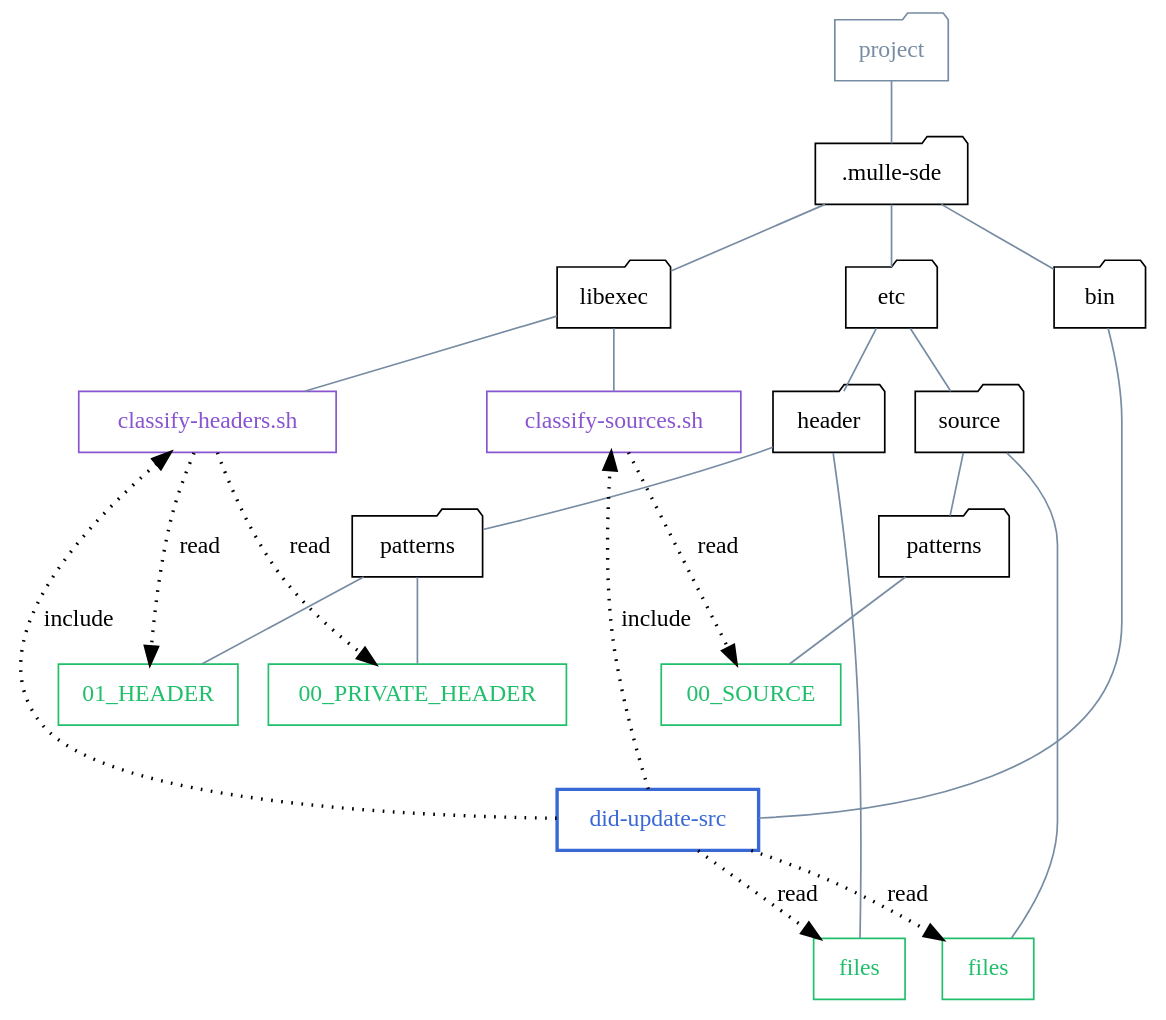
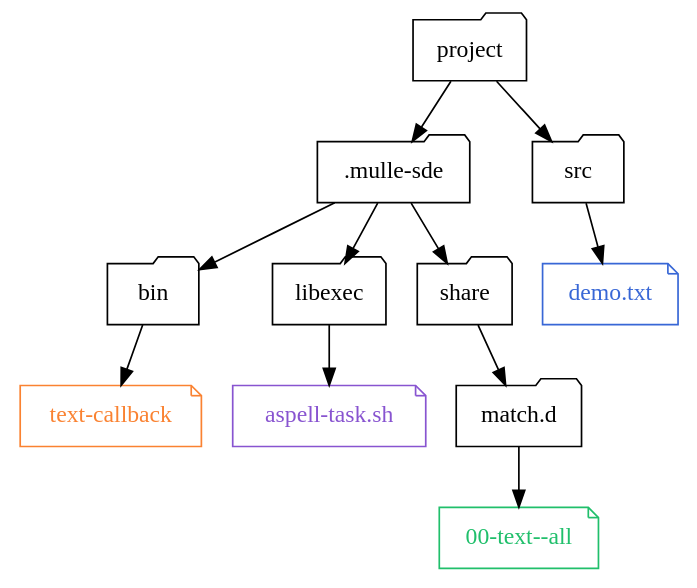
Before and after one commit to mulle-sde/mulle-sde: the diagram in dox/mulle-sde-extension.dot, drawn with Graphviz. The commit also changed 32 other files, not shown here.

```diff
--- a/dox/mulle-sde-extension.dot
+++ b/dox/mulle-sde-extension.dot
@@ -1,79 +1,30 @@
 digraph G {
     graph [rankdir = TD];
 
-    node [ shape="record", color="#8854d0", fontcolor="#8854d0" ]
-
-    "classify-headers.sh"
-    "classify-sources.sh"
-
-    node [ shape="record", color="#20bf6b", fontcolor="#20bf6b" ]
-
-    "00_PRIVATE_HEADER"
-    "01_HEADER"
-    "00_SOURCE"
-    "files1" [ label="files"]
-    "files2" [ label="files"]
-
-    node[ shape="folder", color="black", fontcolor="black" ];
-    edge[ arrowhead="none", color="#778ca3"]
+     node[ shape=folder ];
 
     { rank = same;  "project" };
-    { rank = same;  ".mulle-sde" };
-    { rank = same;  "bin", "libexec", "etc"}
-    { rank = same;  "header", "source" }
-    { rank = same;  "patterns1", "patterns2" }
-    { rank = same;  "files1", "files2" }
-    { rank = same;  "00_SOURCE", "01_HEADER", "00_PRIVATE_HEADER" };
-    { rank = same;  "classify-headers.sh", "classify-sources.sh" };
+    { rank = same;  ".mulle-sde", "src" };
+    { rank = same;  "bin", "libexec", "share"}
+    { rank = same;  "match.d" }
 
-    "00_SOURCE"  ->   "did-update-src"         [ style="invis" ]
-    "01_HEADER"  -> "did-update-src"           [ style="invis" ]
-    "00_PRIVATE_HEADER" -> "did-update-src"    [ style="invis" ]
-
-    "did-update-src"           [ shape="record", penwidth="2", color="#3867d6", fontcolor="#3867d6" ]
-
-     node[ shape=folder, color="#778ca3", fontcolor="#778ca3" ];
-
-    "project"                               [ shape="folder", color="#778ca3", fontcolor="#778ca3" ]
-    "project" -> ".mulle-sde"               [ arrowhead="none", color="#778ca3", fontcolor="#778ca3" ]
-
-    "bin"
-    "etc"
-    "libexec"
-
-     node[ shape=folder, color="black", fontcolor="black"];
+    "project"
+    "project" -> ".mulle-sde"
+    "project" -> "src"
 
     ".mulle-sde" -> "bin"
-    ".mulle-sde" -> "etc"
+    ".mulle-sde" -> "share"
     ".mulle-sde" -> "libexec"
 
-    "bin"  -> "did-update-src"
-    "etc"  -> "header"
-    "etc"  -> "source"
-    "header" -> "patterns1"
-    "header" -> "files1"
-    "source" -> "patterns2"
-    "source" -> "files2"
+    "src"   -> "demo.txt"
+    "bin"   -> "text-callback"
+    "share" -> "match.d"
+    "match.d" -> "00-text--all"
 
-    "patterns1" [ label="patterns" ]
-    "patterns2" [ label="patterns" ]
+    "libexec"  -> "aspell-task.sh"
 
-    "patterns1" -> "00_PRIVATE_HEADER"
-    "patterns1" -> "01_HEADER"
-    "patterns2" -> "00_SOURCE"
-
-    "libexec"  -> "classify-headers.sh"
-    "libexec"  -> "classify-sources.sh"
-
-    edge [ arrowhead="" style="dotted", penwidth="2", color="black", fontcolor="black"]
-
-    "did-update-src" -> "classify-headers.sh" [ label="include" ]
-    "did-update-src" -> "classify-sources.sh" [ label="include" ]
-
-    "did-update-src" -> "files1" [ label="read" ]
-    "did-update-src" -> "files2" [ label="read" ]
-
-    "classify-headers.sh" -> "00_PRIVATE_HEADER" [ label="read" ]
-    "classify-headers.sh" -> "01_HEADER" [ label="read" ]
-    "classify-sources.sh" -> "00_SOURCE" [ label="read" ]
+    "demo.txt"        [ shape="note", color="#3867d6", fontcolor="#3867d6" ]
+    "00-text--all"    [ shape="note", color="#20bf6b", fontcolor="#20bf6b" ]
+    "text-callback"   [ shape="note", color="#fa8231", fontcolor="#fa8231" ]
+    "aspell-task.sh"  [ shape="note", color="#8854d0", fontcolor="#8854d0" ]
 }
```
